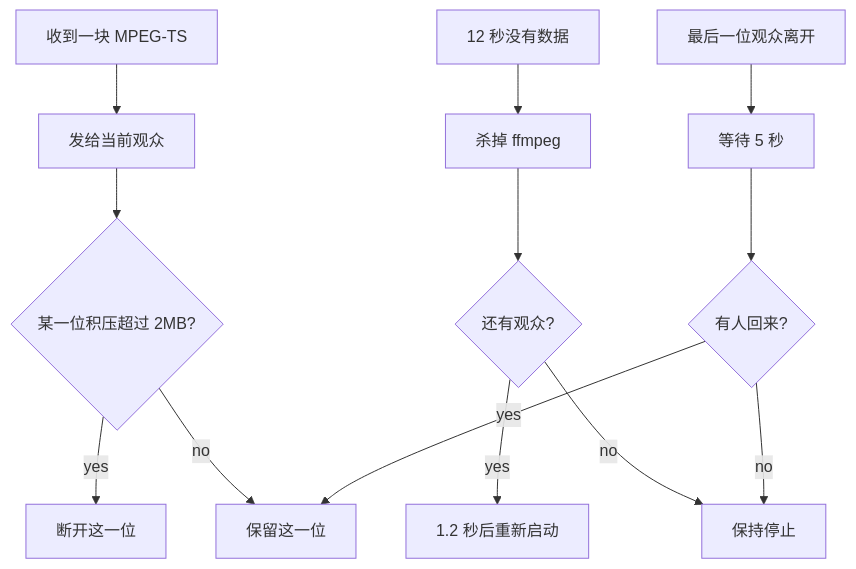
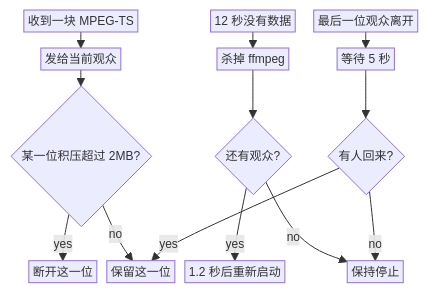
One commit to SparkTheCreater/camera-wall changed the second of 2 diagrams in README.zh.md. Above: the diagram before and after it, drawn with Mermaid. The commit also changed other lines of this file and 1 other file, not shown here.

Commit message:
把 README 里的流程图和时序图画小。
字号和间距收紧，时序图不再在底部重复一排角色。

````diff
--- a/README.zh.md
+++ b/README.zh.md
@@ -109,15 +110,16 @@
 ```mermaid
+%%{init: {'themeVariables': {'fontSize': '12px'}, 'flowchart': {'useMaxWidth': false, 'nodeSpacing': 10, 'rankSpacing': 16, 'padding': 2}}}%%
 flowchart TD
   chunk["收到一块 MPEG-TS"] --> fanout["发给当前观众"]
   fanout --> slow{"某一位积压超过 2MB?"}
   slow -->|yes| drop["断开这一位"]
   slow -->|no| keep["保留这一位"]
   stall["12 秒没有数据"] --> kill["杀掉 ffmpeg"]
   kill --> viewers{"还有观众?"}
   viewers -->|yes| again["1.2 秒后重新启动"]
   viewers -->|no| stopped["保持停止"]
   leave["最后一位观众离开"] --> wait["等待 5 秒"]
   wait --> returned{"有人回来?"}
   returned -->|yes| keep
   returned -->|no| stopped
 ```
````
